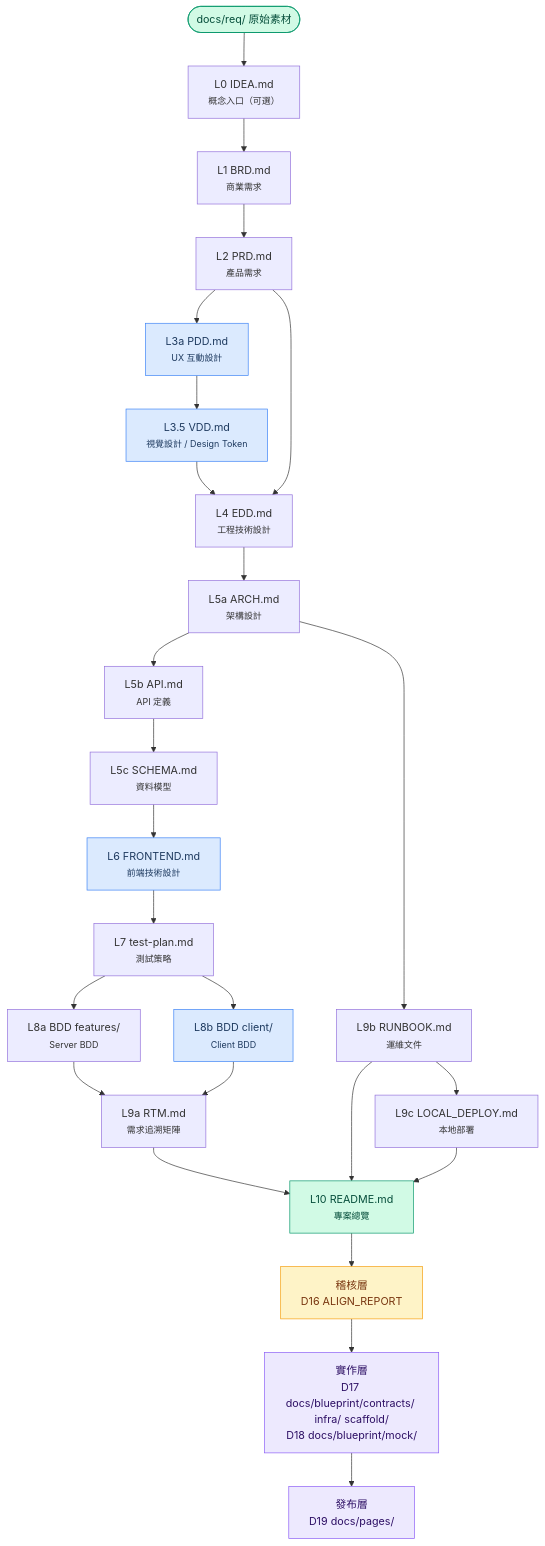
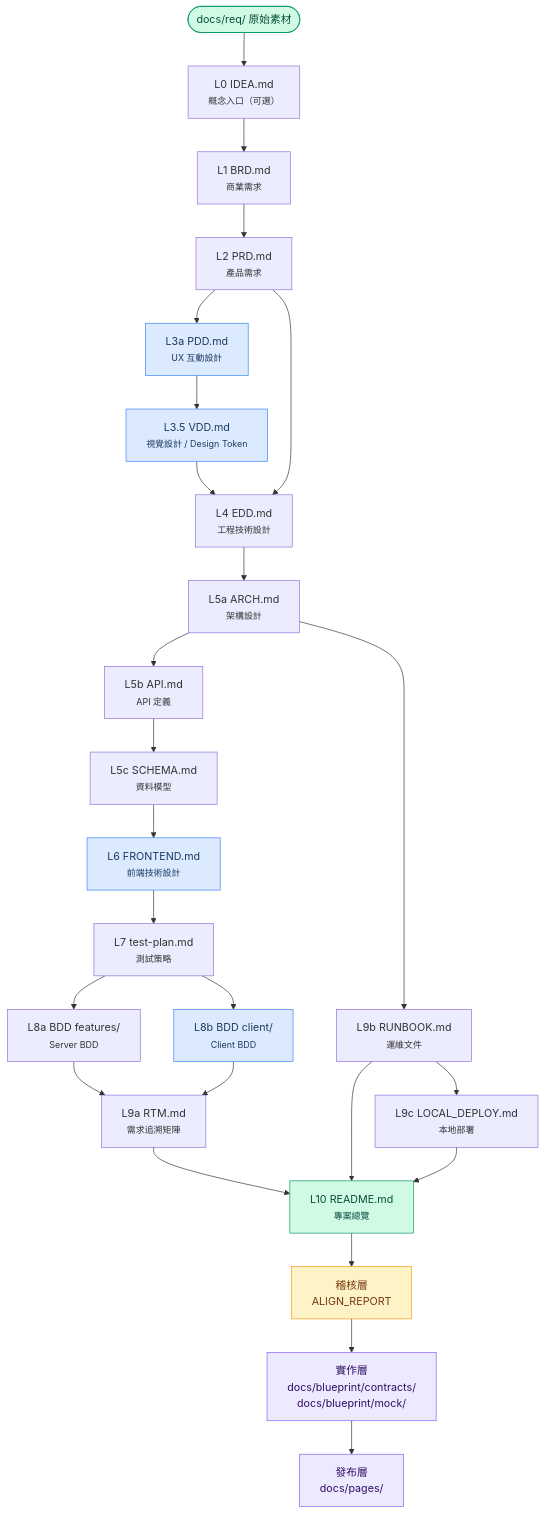
Before and after one commit to ibalasite/gendoc: the third of 4 diagrams in docs/PRD.md, drawn with Mermaid. The commit also changed other lines of this file and 3 other files, not shown here.

First line of the commit message:
docs(gendoc): pipeline 圖改 TD 排版 + 清除所有舊 D-step 名稱

````diff
--- a/docs/PRD.md
+++ b/docs/PRD.md
@@ -551,44 +545,44 @@
 ```mermaid
 graph TD
     REQ([docs/req/ 原始素材])
     L0["L0 IDEA.md<br/><small>概念入口（可選）</small>"]
     L1["L1 BRD.md<br/><small>商業需求</small>"]
     L2["L2 PRD.md<br/><small>產品需求</small>"]
     L3a["L3a PDD.md<br/><small>UX 互動設計</small>"]
     L35["L3.5 VDD.md<br/><small>視覺設計 / Design Token</small>"]
     L4["L4 EDD.md<br/><small>工程技術設計</small>"]
     L5a["L5a ARCH.md<br/><small>架構設計</small>"]
     L5b["L5b API.md<br/><small>API 定義</small>"]
     L5c["L5c SCHEMA.md<br/><small>資料模型</small>"]
     L6["L6 FRONTEND.md<br/><small>前端技術設計</small>"]
     L7["L7 test-plan.md<br/><small>測試策略</small>"]
     L8a["L8a BDD features/<br/><small>Server BDD</small>"]
     L8b["L8b BDD client/<br/><small>Client BDD</small>"]
     L9a["L9a RTM.md<br/><small>需求追溯矩陣</small>"]
     L9b["L9b RUNBOOK.md<br/><small>運維文件</small>"]
     L9c["L9c LOCAL_DEPLOY.md<br/><small>本地部署</small>"]
     L10["L10 README.md<br/><small>專案總覽</small>"]
-    AUDIT["稽核層<br/>D16 ALIGN_REPORT"]
-    IMPL["實作層<br/>D17 docs/blueprint/contracts/ infra/ scaffold/<br/>D18 docs/blueprint/mock/"]
-    PUB["發布層<br/>D19 docs/pages/"]
+    AUDIT["稽核層<br/>ALIGN_REPORT"]
+    IMPL["實作層<br/>docs/blueprint/contracts/<br/>docs/blueprint/mock/"]
+    PUB["發布層<br/>docs/pages/"]
 
     REQ --> L0 --> L1 --> L2
     L2 --> L3a --> L35 --> L4
     L2 --> L4
     L4 --> L5a --> L5b --> L5c --> L6 --> L7
     L7 --> L8a --> L9a
     L7 --> L8b
     L8b --> L9a
     L5a --> L9b --> L9c
     L9a & L9b & L9c --> L10
     L10 --> AUDIT --> IMPL --> PUB
 
     classDef cond fill:#dbeafe,stroke:#3b82f6,color:#1e3a5f
     classDef audit fill:#fef3c7,stroke:#f59e0b,color:#78350f
     classDef impl fill:#ede9fe,stroke:#8b5cf6,color:#2e1065
     classDef io fill:#d1fae5,stroke:#059669,color:#064e3b
     class L3a,L35,L6,L8b cond
     class AUDIT audit
     class IMPL,PUB impl
     class REQ,L10 io
 ```
````
